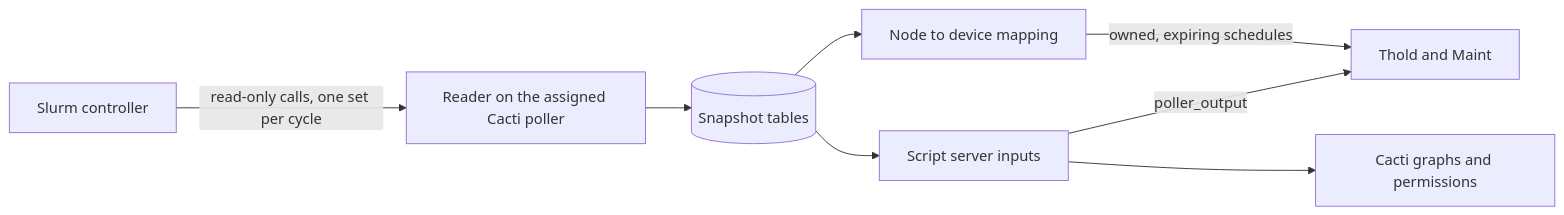
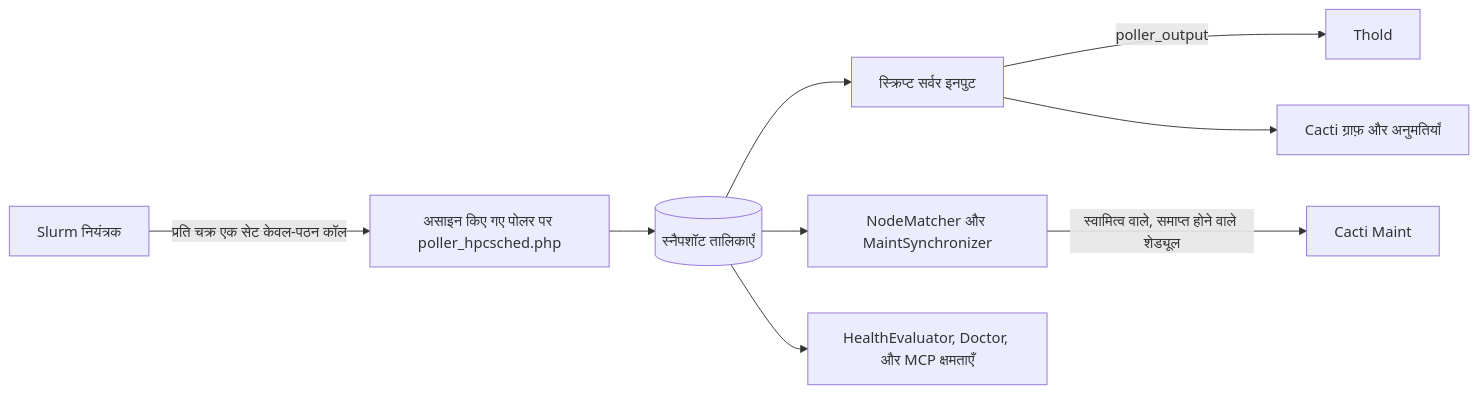
Before and after one commit to somethingwithproof/plugin_hpcsched: the diagram in docs/i18n/hi-IN/README.md, drawn with Mermaid. The commit also changed other lines of this file and 48 other files, not shown here.

````diff
--- a/docs/i18n/hi-IN/README.md
+++ b/docs/i18n/hi-IN/README.md
@@ -107,10 +163,11 @@
 ```mermaid
 flowchart LR
-    S[Slurm controller] -->|read-only calls, one set per cycle| R[Reader on the assigned Cacti poller]
-    R --> SNAP[(Snapshot tables)]
-    SNAP --> SS[Script server inputs]
-    SS -->|poller_output| T[Thold and Maint]
-    SS --> G[Cacti graphs and permissions]
-    SNAP --> MAP[Node to device mapping]
-    MAP -->|owned, expiring schedules| T
+    S[Slurm नियंत्रक] -->|प्रति चक्र एक सेट केवल-पठन कॉल| R[असाइन किए गए पोलर पर poller_hpcsched.php]
+    R --> SNAP[(स्नैपशॉट तालिकाएँ)]
+    SNAP --> SS[स्क्रिप्ट सर्वर इनपुट]
+    SS -->|poller_output| T[Thold]
+    SS --> G[Cacti ग्राफ़ और अनुमतियाँ]
+    SNAP --> MAP[NodeMatcher और MaintSynchronizer]
+    MAP -->|स्वामित्व वाले, समाप्त होने वाले शेड्यूल| M[Cacti Maint]
+    SNAP --> H[HealthEvaluator, Doctor, और MCP क्षमताएँ]
 ```
````
